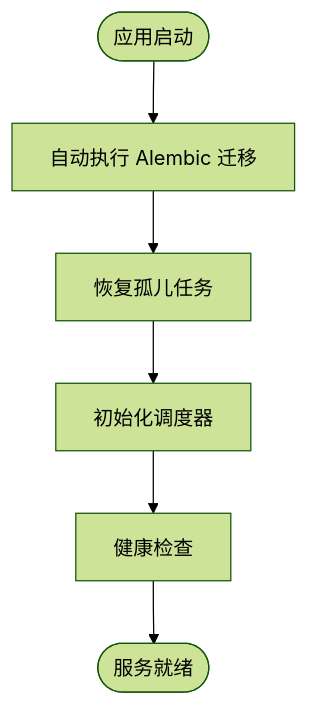
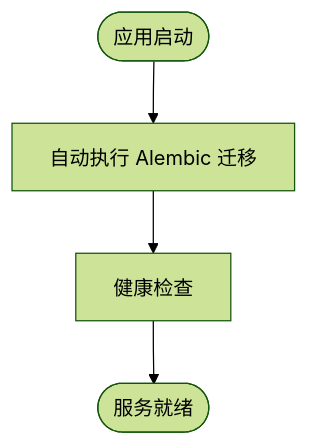
One commit to gujialind/InvestRing changed the third of 4 diagrams in .qoder/repowiki/zh/content/开发指南/部署指南/部署指南.md. Above: the diagram before and after it, drawn with Mermaid (forest theme). The commit also changed other lines of this file and 8 other files, not shown here.

````diff
--- a/.qoder/repowiki/zh/content/开发指南/部署指南/部署指南.md
+++ b/.qoder/repowiki/zh/content/开发指南/部署指南/部署指南.md
@@ -303,8 +212,6 @@
 ```mermaid
 flowchart TD
 Start(["应用启动"]) --> AutoMigrate["自动执行 Alembic 迁移"]
-AutoMigrate --> RecoverJobs["恢复孤儿任务"]
-RecoverJobs --> InitScheduler["初始化调度器"]
-InitScheduler --> HealthCheck["健康检查"]
+AutoMigrate --> HealthCheck["健康检查"]
 HealthCheck --> Ready(["服务就绪"])
 ```
````
